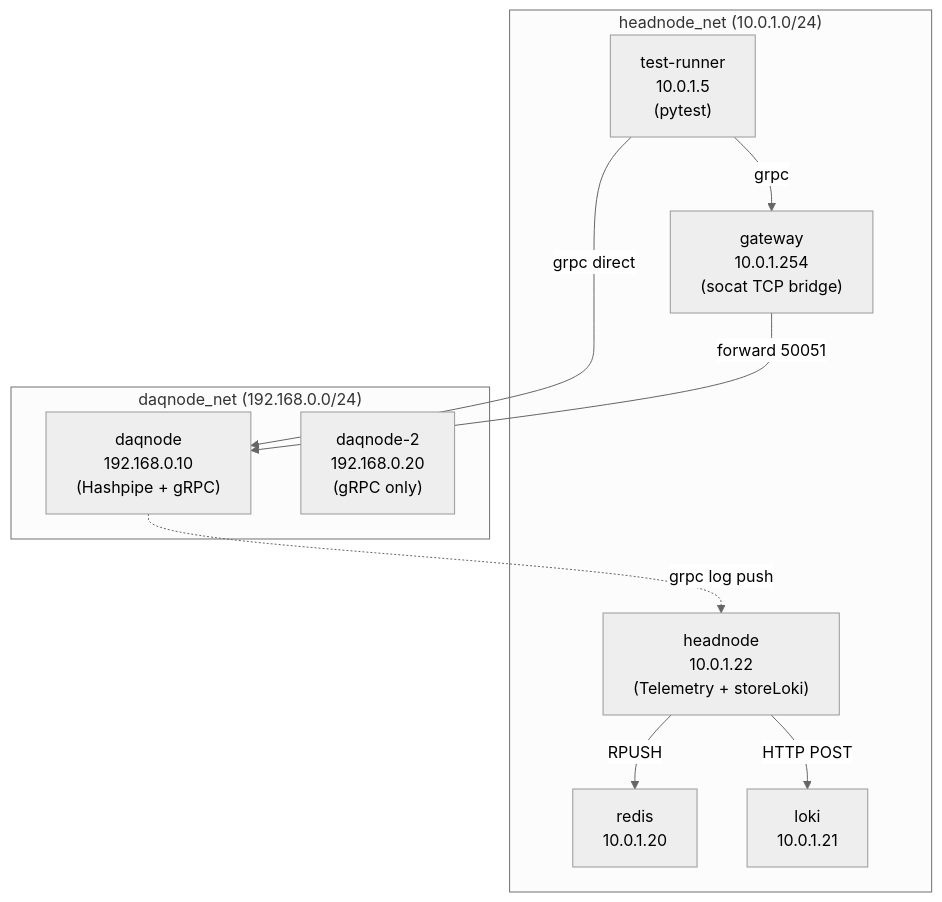
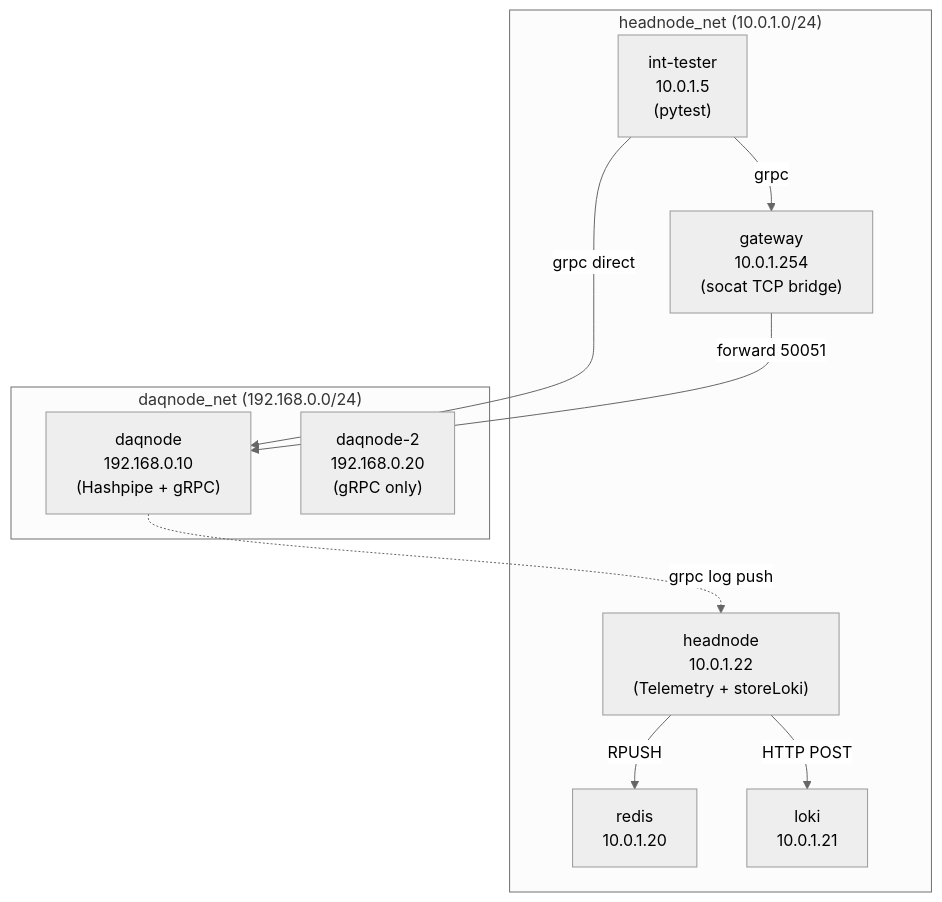
Before and after one commit to panoseti/panoseti: the diagram in control/ci-tests/README.md, drawn with Mermaid (neutral theme). The commit also changed other lines of this file and 31 other files, not shown here.

````diff
--- a/control/ci-tests/README.md
+++ b/control/ci-tests/README.md
@@ -31,22 +49,22 @@
 ```mermaid
 graph TB
     subgraph headnode_net["headnode_net (10.0.1.0/24)"]
-        TR["test-runner<br/>10.0.1.5<br/>(pytest)"]
+        TR["int-tester<br/>10.0.1.5<br/>(pytest)"]
         GW["gateway<br/>10.0.1.254<br/>(socat TCP bridge)"]
         REDIS["redis<br/>10.0.1.20"]
         LOKI["loki<br/>10.0.1.21"]
         HN["headnode<br/>10.0.1.22<br/>(Telemetry + storeLoki)"]
     end
 
     subgraph daqnode_net["daqnode_net (192.168.0.0/24)"]
         DN1["daqnode<br/>192.168.0.10<br/>(Hashpipe + gRPC)"]
         DN2["daqnode-2<br/>192.168.0.20<br/>(gRPC only)"]
     end
 
     TR -->|grpc| GW
     TR -->|grpc direct| DN1
     GW -->|forward 50051| DN1
     DN1 -.->|grpc log push| HN
     HN -->|RPUSH| REDIS
     HN -->|HTTP POST| LOKI
 ```
````
